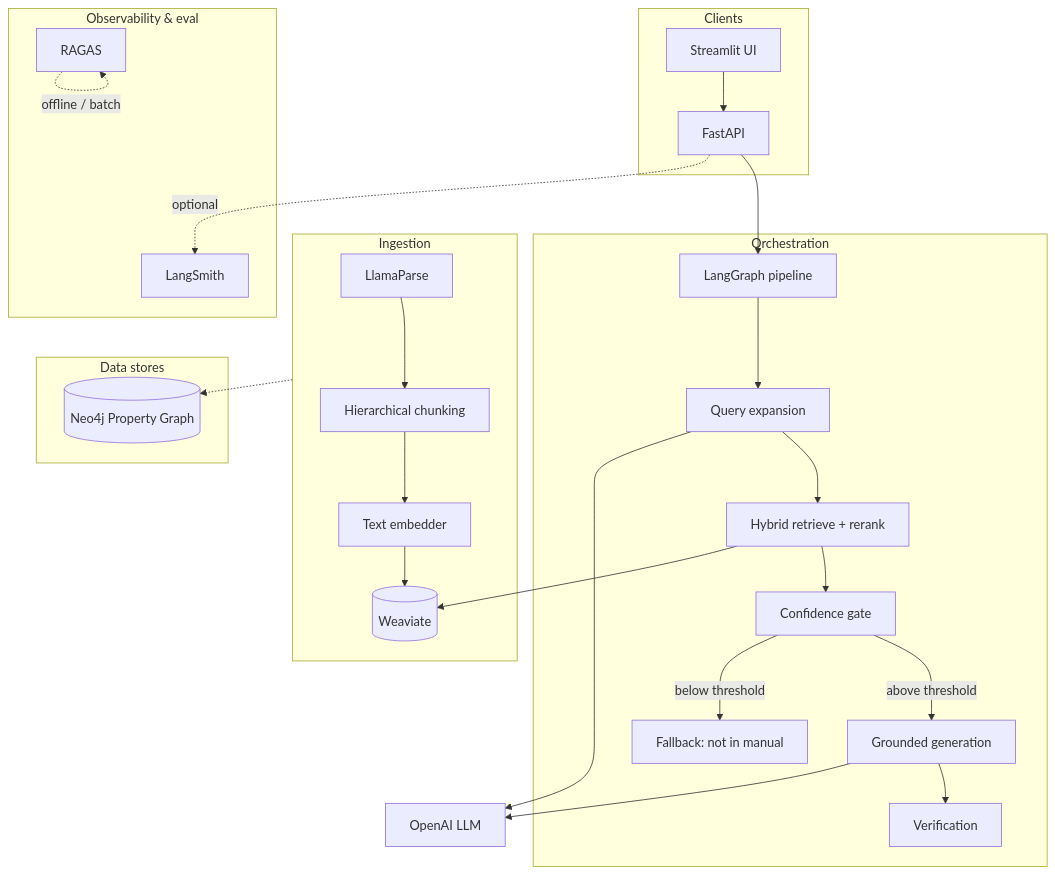
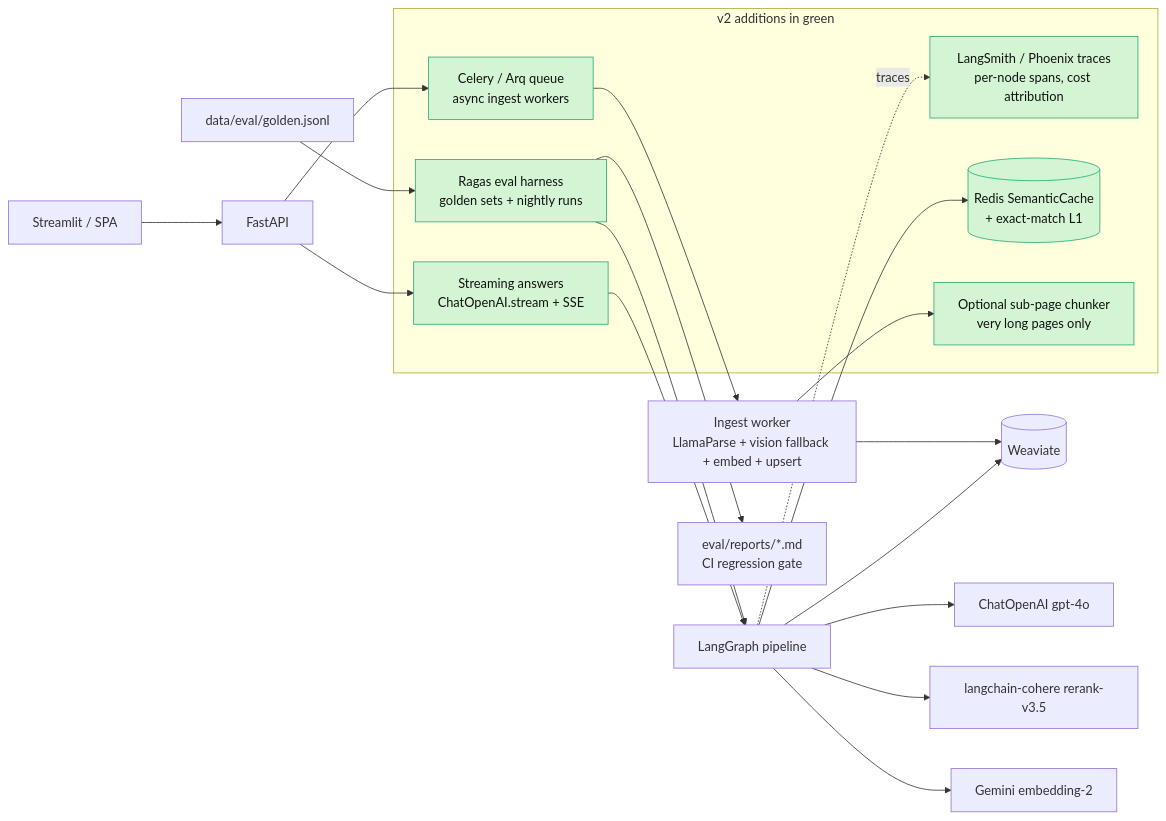
One commit to ashithvl/Advanced-Rag changed the third of 3 diagrams in README.md. Above: the diagram before and after it, drawn with Mermaid. The commit also changed other lines of this file and 47 other files, not shown here.

````diff
--- a/README.md
+++ b/README.md
@@ -32,45 +400,32 @@
 ```mermaid
-flowchart TB
-  subgraph clients["Clients"]
-    UI[Streamlit UI]
-    API[FastAPI]
+flowchart LR
+  subgraph v2 [v2 additions in green]
+    EV[Ragas eval harness<br/>golden sets + nightly runs]:::new
+    OBS[LangSmith / Phoenix traces<br/>per-node spans, cost attribution]:::new
+    REDIS[(Redis SemanticCache<br/>+ exact-match L1)]:::new
+    Q[Celery / Arq queue<br/>async ingest workers]:::new
+    STREAM[Streaming answers<br/>ChatOpenAI.stream + SSE]:::new
+    CHUNK[Optional sub-page chunker<br/>very long pages only]:::new
   end
 
-  subgraph orchestration["Orchestration"]
-    LG[LangGraph pipeline]
-    EXP[Query expansion]
-    RET[Hybrid retrieve + rerank]
-    GATE[Confidence gate]
-    GEN[Grounded generation]
-    VER[Verification]
-    LG --> EXP --> RET --> GATE
-    GATE -->|above threshold| GEN --> VER
-    GATE -->|below threshold| FB[Fallback: not in manual]
-  end
+  UI[Streamlit / SPA] --> API[FastAPI]
+  API --> STREAM
+  STREAM --> LG[LangGraph pipeline]
+  LG --> REDIS
+  LG --> WV[(Weaviate)]
+  LG --> LLM[ChatOpenAI gpt-4o]
+  LG --> RER[langchain-cohere rerank-v3.5]
+  LG --> GEM[Gemini embedding-2]
+  LG -.->|traces| OBS
 
-  subgraph ingestion["Ingestion"]
-    LP[LlamaParse]
-    CH[Hierarchical chunking]
-    EMB[Text embedder]
-    WV[(Weaviate)]
-    LP --> CH --> EMB --> WV
-  end
+  API --> Q
+  Q --> ING[Ingest worker<br/>LlamaParse + vision fallback + embed + upsert]
+  ING --> WV
+  ING --> CHUNK
 
-  subgraph stores["Data stores"]
-    NEO[(Neo4j Property Graph)]
-  end
+  GOLD[data/eval/golden.jsonl] --> EV
+  EV --> LG
+  EV --> REPORT[eval/reports/*.md<br/>CI regression gate]
 
-  subgraph observability["Observability & eval"]
-    LS[LangSmith]
-    RG[RAGAS]
-  end
-
-  UI --> API
-  API --> LG
-  RET --> WV
-  GEN --> OAI[OpenAI LLM]
-  EXP --> OAI
-  API -.->|optional| LS
-  RG -.->|offline / batch| RG
-  ingestion -.-> NEO
+  classDef new fill:#d4f5d4,stroke:#2a7,color:#111
 ```
````
